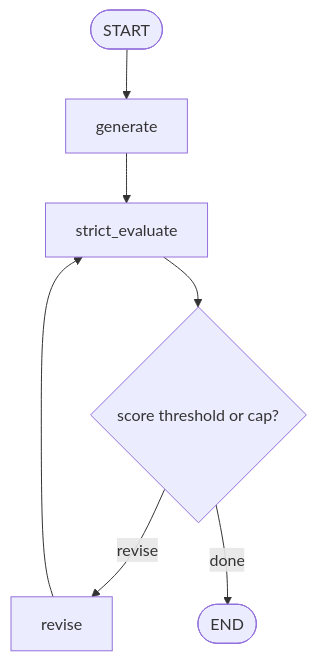
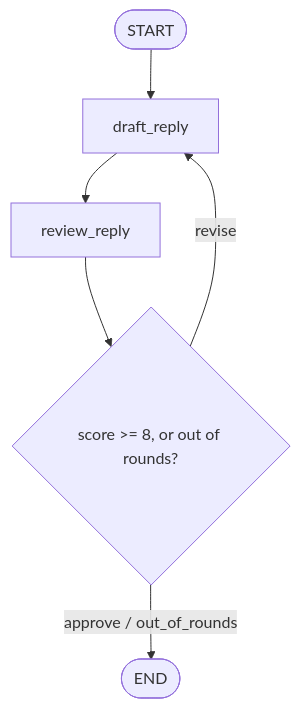
Diagram 18 of 21 in Exercise-Solutions/README.md (Walid-Ahmed/langgraph-tutorials), drawn with Mermaid before and after one commit. The commit also changed other lines of this file and 11 other files, not shown here.

````diff
--- a/Exercise-Solutions/README.md
+++ b/Exercise-Solutions/README.md
@@ -245,7 +246,7 @@
 ```mermaid
 flowchart TD
-    START([START]) --> GENERATE["generate"] --> STRICT["strict_evaluate"]
-    STRICT --> ROUTE{"score threshold or cap?"}
-    ROUTE -->|revise| REVISE["revise"] --> STRICT
-    ROUTE -->|done| END([END])
+    START([START]) --> DRAFT["draft_reply"] --> REVIEW["review_reply"]
+    REVIEW --> ROUTE{"score >= 8, or out of rounds?"}
+    ROUTE -->|revise| DRAFT
+    ROUTE -->|approve / out_of_rounds| END([END])
 ```
````
